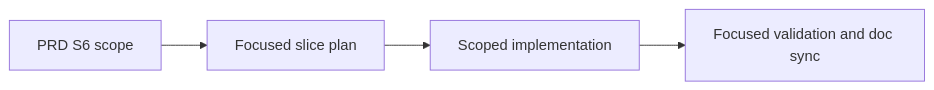
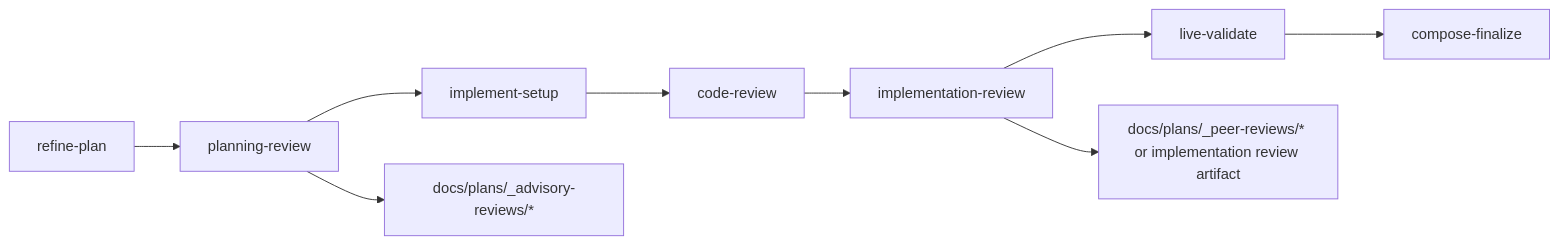
Before and after one commit to matzls/Archon: the diagram in docs/plans/r001-archon-piv-loop-codex-v2-s6_plan.md, drawn with Mermaid. The commit also changed other lines of this file and 2 other files, not shown here.

First line of the commit message:
docs(workflow): refine S6 review gate plan

````diff
--- a/docs/plans/r001-archon-piv-loop-codex-v2-s6_plan.md
+++ b/docs/plans/r001-archon-piv-loop-codex-v2-s6_plan.md
@@ -41,6 +45,11 @@
 ```mermaid
 flowchart LR
-    A["PRD S6 scope"] --> B["Focused slice plan"]
-    B --> C["Scoped implementation"]
-    C --> D["Focused validation and doc sync"]
+    A["refine-plan"] --> B["planning-review"]
+    B --> C["implement-setup"]
+    C --> D["code-review"]
+    D --> E["implementation-review"]
+    E --> F["live-validate"]
+    F --> G["compose-finalize"]
+    B --> H["docs/plans/_advisory-reviews/*"]
+    E --> I["docs/plans/_peer-reviews/* or implementation review artifact"]
 ```
````
